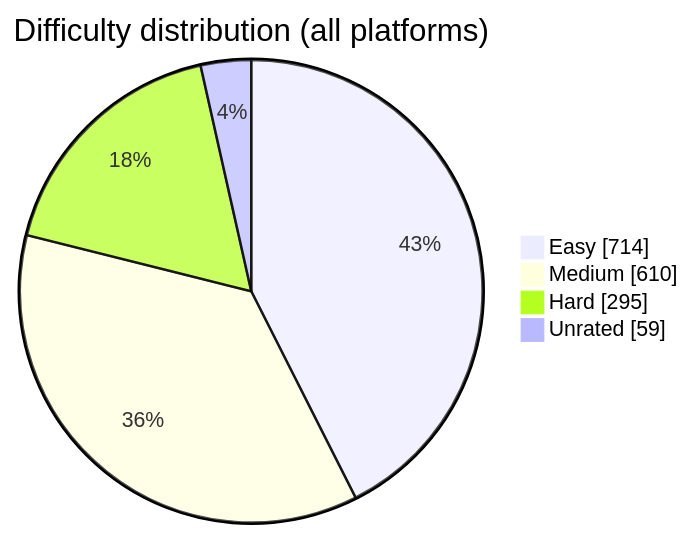
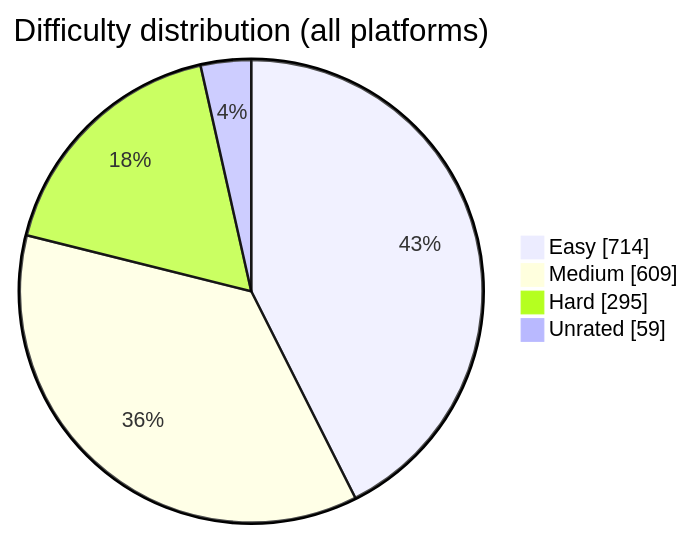
The diagram in README.md (BuildbyArindam/Daily-Coding-Log), drawn with Mermaid before and after one commit. The commit also changed other lines of this file, not shown here.

````diff
--- a/README.md
+++ b/README.md
@@ -93,7 +93,7 @@
 ```mermaid
 pie showData title Difficulty distribution (all platforms)
     "Easy" : 714
-    "Medium" : 610
+    "Medium" : 609
     "Hard" : 295
     "Unrated" : 59
 ```
````
